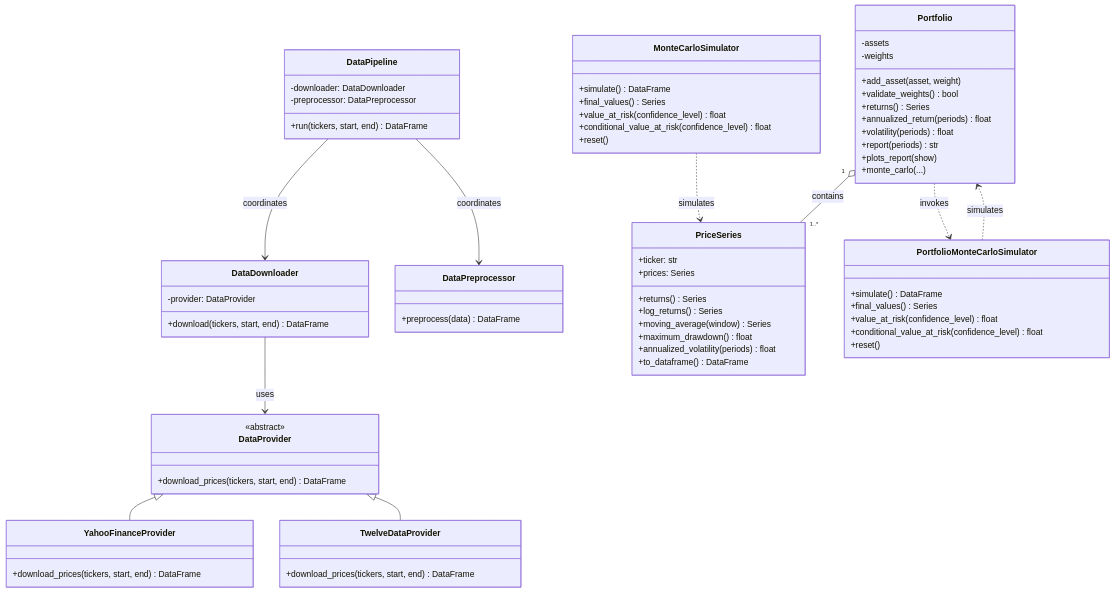
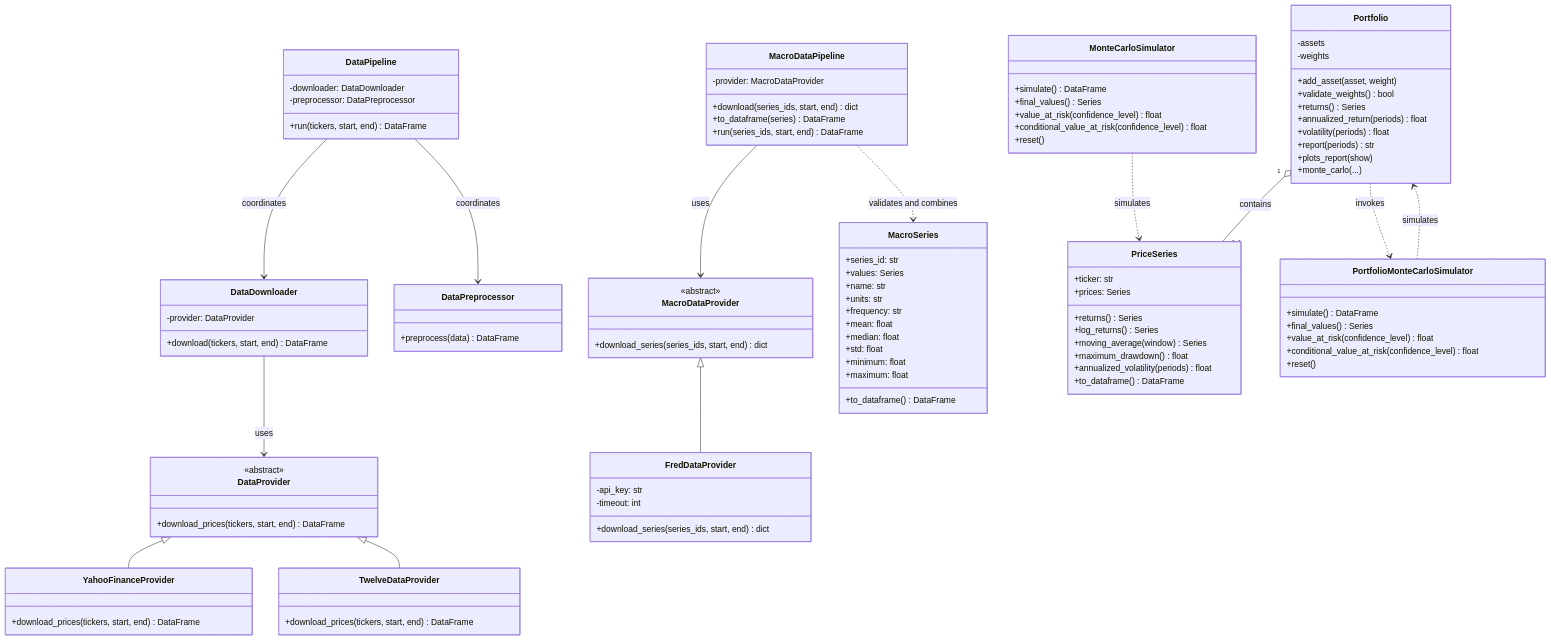
Before and after one commit to soyfragoso/Financial-toolkit-MIAX15RF: the second of 2 diagrams in docs/architecture.md, drawn with Mermaid. The commit also changed other lines of this file and 15 other files, not shown here.

```diff
--- a/docs/architecture.md
+++ b/docs/architecture.md
@@ -129,6 +184,24 @@
         +run(tickers, start, end) DataFrame
     }
 
+    class MacroDataProvider {
+        <<abstract>>
+        +download_series(series_ids, start, end) dict
+    }
+
+    class FredDataProvider {
+        -api_key: str
+        -timeout: int
+        +download_series(series_ids, start, end) dict
+    }
+
+    class MacroDataPipeline {
+        -provider: MacroDataProvider
+        +download(series_ids, start, end) dict
+        +to_dataframe(series) DataFrame
+        +run(series_ids, start, end) DataFrame
+    }
+
     class PriceSeries {
         +ticker: str
         +prices: Series
@@ -137,6 +210,20 @@
         +moving_average(window) Series
         +maximum_drawdown() float
         +annualized_volatility(periods) float
+        +to_dataframe() DataFrame
+    }
+
+    class MacroSeries {
+        +series_id: str
+        +values: Series
+        +name: str
+        +units: str
+        +frequency: str
+        +mean: float
+        +median: float
+        +std: float
+        +minimum: float
+        +maximum: float
         +to_dataframe() DataFrame
     }
 
@@ -174,6 +261,11 @@
     DataDownloader --> DataProvider : uses
     DataPipeline --> DataDownloader : coordinates
     DataPipeline --> DataPreprocessor : coordinates
+
+    MacroDataProvider <|-- FredDataProvider
+    MacroDataPipeline --> MacroDataProvider : uses
+    MacroDataPipeline ..> MacroSeries : validates and combines
+
     Portfolio "1" o-- "1..*" PriceSeries : contains
     Portfolio ..> PortfolioMonteCarloSimulator : invokes
     MonteCarloSimulator ..> PriceSeries : simulates
```
